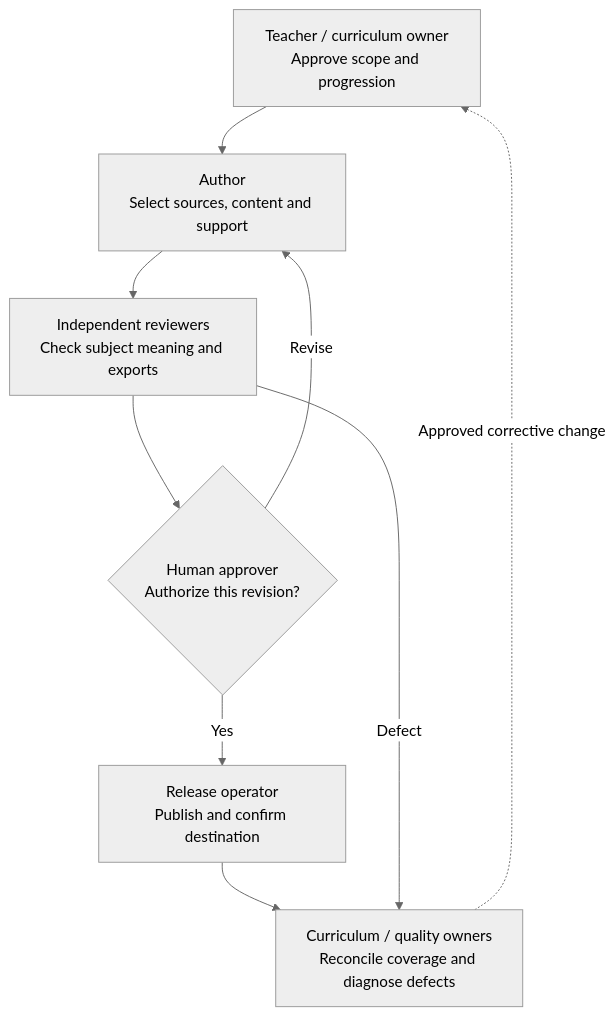
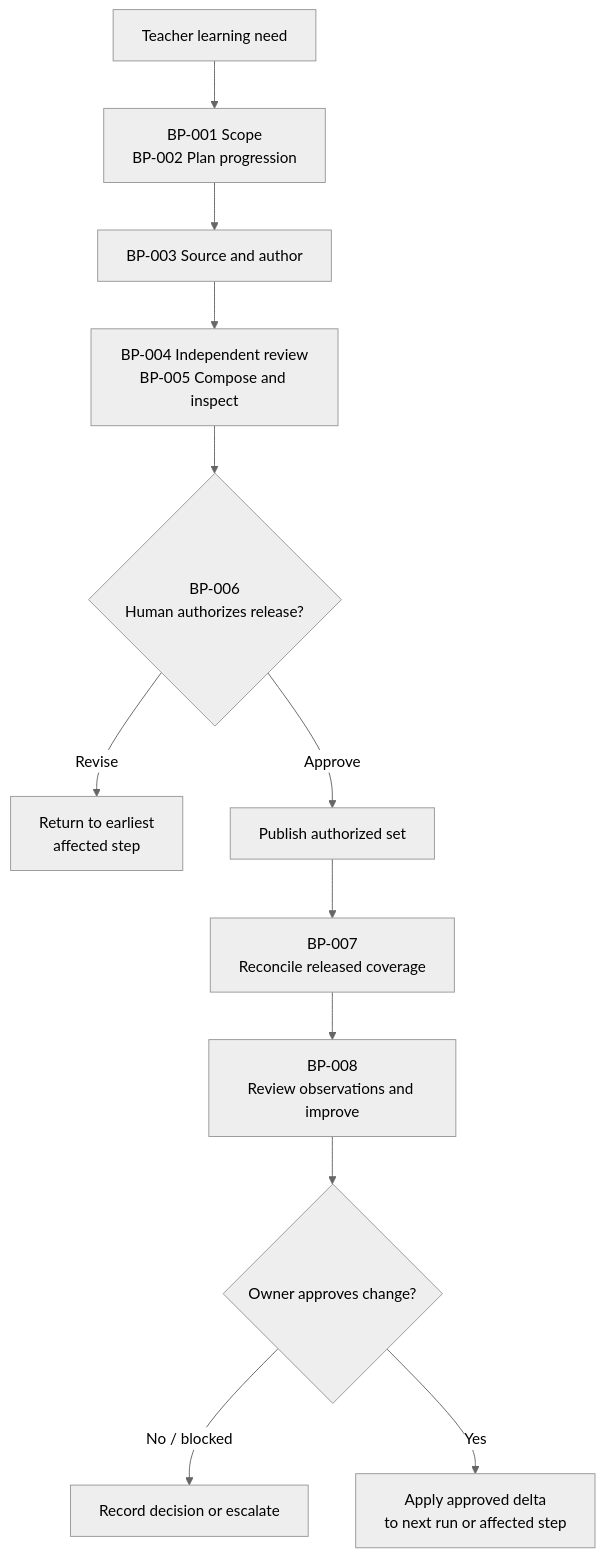
The first of 2 diagrams in business-architecture.md (krishna-chaitanya-kondapi/mts-software-factory), drawn with Mermaid (neutral theme) before and after one commit. The commit also changed other lines of this file and 3 other files, not shown here.

````diff
--- a/business-architecture.md
+++ b/business-architecture.md
@@ -28,14 +30,14 @@
 ```mermaid
 flowchart TB
-  Plan["Teacher / curriculum owner<br/>Approve scope and progression"]
-  Author["Author<br/>Select sources, content and support"]
-  Review["Independent reviewers<br/>Check subject meaning and exports"]
-  Gate{"Human approver<br/>Authorize this revision?"}
-  Deliver["Release operator<br/>Publish and confirm destination"]
-  Learn["Curriculum / quality owners<br/>Reconcile coverage and diagnose defects"]
-  Plan --> Author --> Review --> Gate
-  Gate -->|Yes| Deliver --> Learn
-  Gate -->|Revise| Author
-  Review -->|Defect| Learn
-  Learn -.->|Approved corrective change| Plan
+  Start["Teacher learning need"] --> Plan["BP-001 Scope<br/>BP-002 Plan progression"]
+  Plan --> Create["BP-003 Source and author"]
+  Create --> Review["BP-004 Independent review<br/>BP-005 Compose and inspect"]
+  Review --> Gate{"BP-006<br/>Human authorizes release?"}
+  Gate -->|Revise| Fix["Return to earliest<br/>affected step"]
+  Gate -->|Approve| Publish["Publish authorized set"]
+  Publish --> Coverage["BP-007<br/>Reconcile released coverage"]
+  Coverage --> Learn["BP-008<br/>Review observations and improve"]
+  Learn --> Decision{"Owner approves change?"}
+  Decision -->|No / blocked| Stop["Record decision or escalate"]
+  Decision -->|Yes| Update["Apply approved delta<br/>to next run or affected step"]
 ```
````
